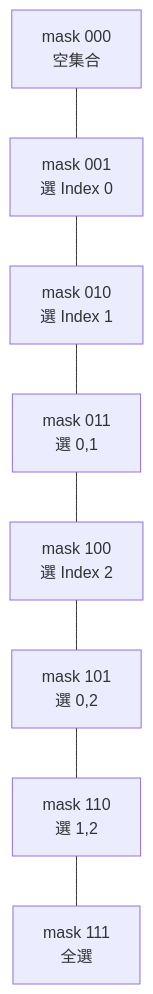
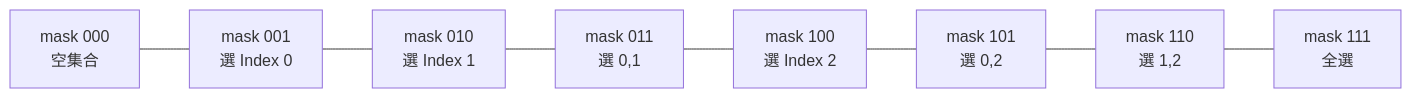
The fifth of 12 diagrams in 03_core_patterns/11_enumeration_bruteforce.md (davidchen0970/algorithm_note), drawn with Mermaid before and after one commit. The commit also changed other lines of this file, not shown here.

````diff
--- a/03_core_patterns/11_enumeration_bruteforce.md
+++ b/03_core_patterns/11_enumeration_bruteforce.md
@@ -378,12 +379,12 @@
 ```mermaid
-flowchart TD
+flowchart LR
     M0[mask 000<br/>空集合]
     M1[mask 001<br/>選 Index 0]
     M2[mask 010<br/>選 Index 1]
     M3[mask 011<br/>選 0,1]
     M4[mask 100<br/>選 Index 2]
     M5[mask 101<br/>選 0,2]
     M6[mask 110<br/>選 1,2]
     M7[mask 111<br/>全選]
     M0 --- M1 --- M2 --- M3 --- M4 --- M5 --- M6 --- M7
 ```
````
